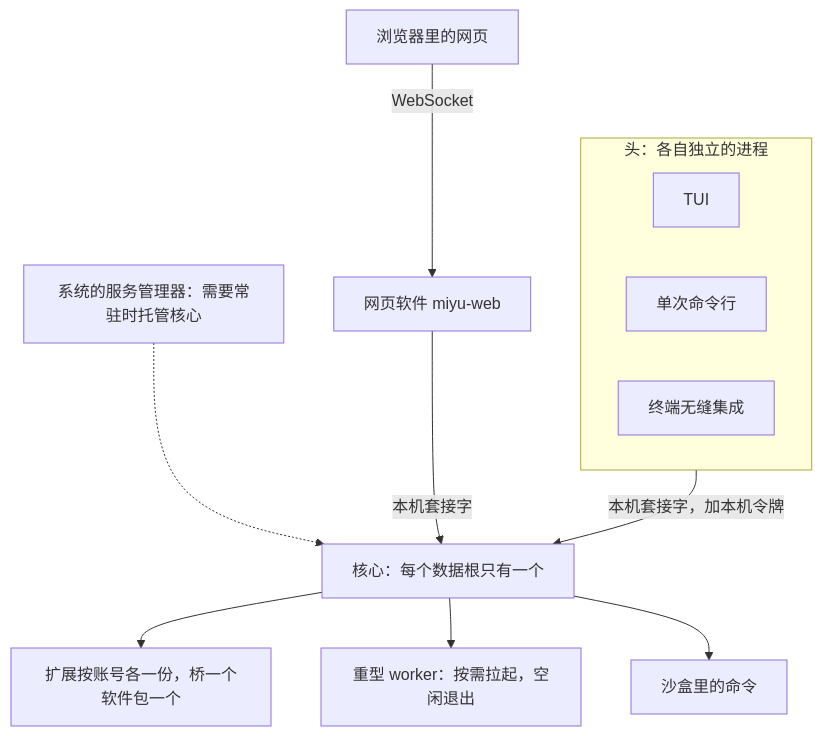
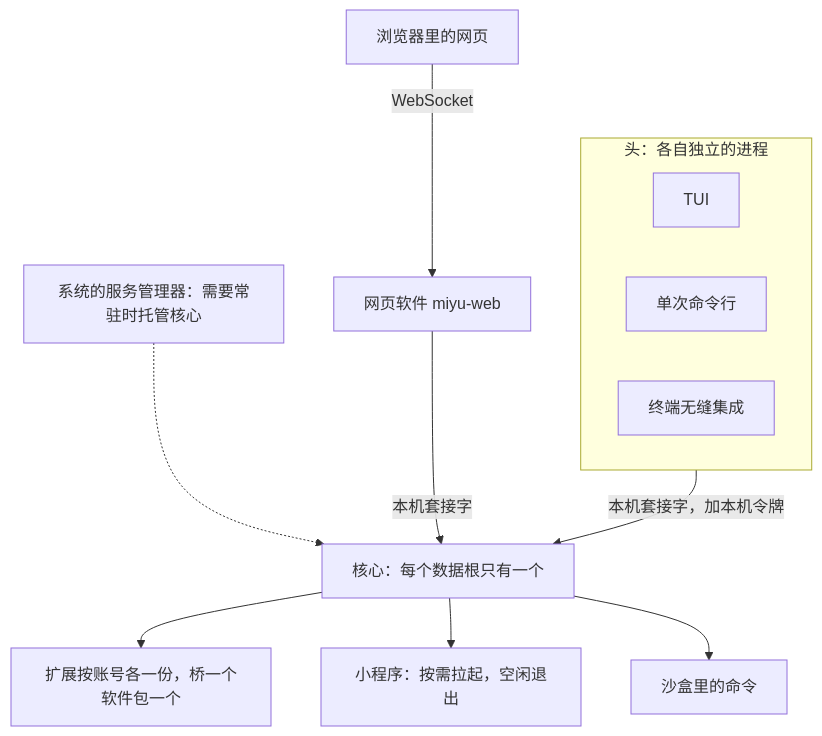
Before and after one commit to SHORiN-KiWATA/miyu-agent-remake: the first of 3 diagrams in docs/designs/12-进程形态与分发.md, drawn with Mermaid. The commit also changed other lines of this file and 20 other files, not shown here.

````diff
--- a/docs/designs/12-进程形态与分发.md
+++ b/docs/designs/12-进程形态与分发.md
@@ -7,16 +7,16 @@
 ```mermaid
 flowchart TB
     svc["系统的服务管理器：需要常驻时托管核心"] -.-> core
     subgraph heads["头：各自独立的进程"]
         direction LR
         tui["TUI"]
         cli["单次命令行"]
         sh["终端无缝集成"]
     end
     heads -- "本机套接字，加本机令牌" --> core["核心：每个数据根只有一个"]
     web["浏览器里的网页"] -- "WebSocket" --> webapp["网页软件 miyu-web"]
     webapp -- "本机套接字" --> core
     core --> ext["扩展按账号各一份，桥一个软件包一个"]
-    core --> wk["重型 worker：按需拉起，空闲退出"]
+    core --> wk["小程序：按需拉起，空闲退出"]
     core --> box["沙盒里的命令"]
 ```
````
